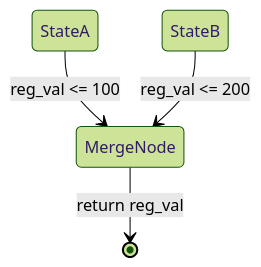
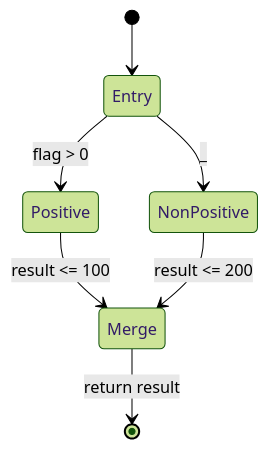
Before and after one commit to beepcap/StateSSA: the third of 3 diagrams in doc/manual/to_professional/JP/03_machine_flow_states_geometry.md, drawn with Mermaid (forest theme). The commit also changed other lines of this file, not shown here.

Commit message:
doc: 第3章レビュー指摘対応 (DEFECT-CH03-01: Mermaid図整合, DEFECT-CH03-02: コンパイル可能スニペット補完)

````diff
--- a/doc/manual/to_professional/JP/03_machine_flow_states_geometry.md
+++ b/doc/manual/to_professional/JP/03_machine_flow_states_geometry.md
@@ -323,7 +354,10 @@
 ```mermaid
 stateDiagram-v2
     direction TB
-    StateA --> MergeNode: reg_val <= 100
-    StateB --> MergeNode: reg_val <= 200
-    MergeNode --> [*]: return reg_val
+    [*] --> Entry
+    Entry --> Positive: flag > 0
+    Entry --> NonPositive: _
+    Positive --> Merge: result <= 100
+    NonPositive --> Merge: result <= 200
+    Merge --> [*]: return result
 ```
````
